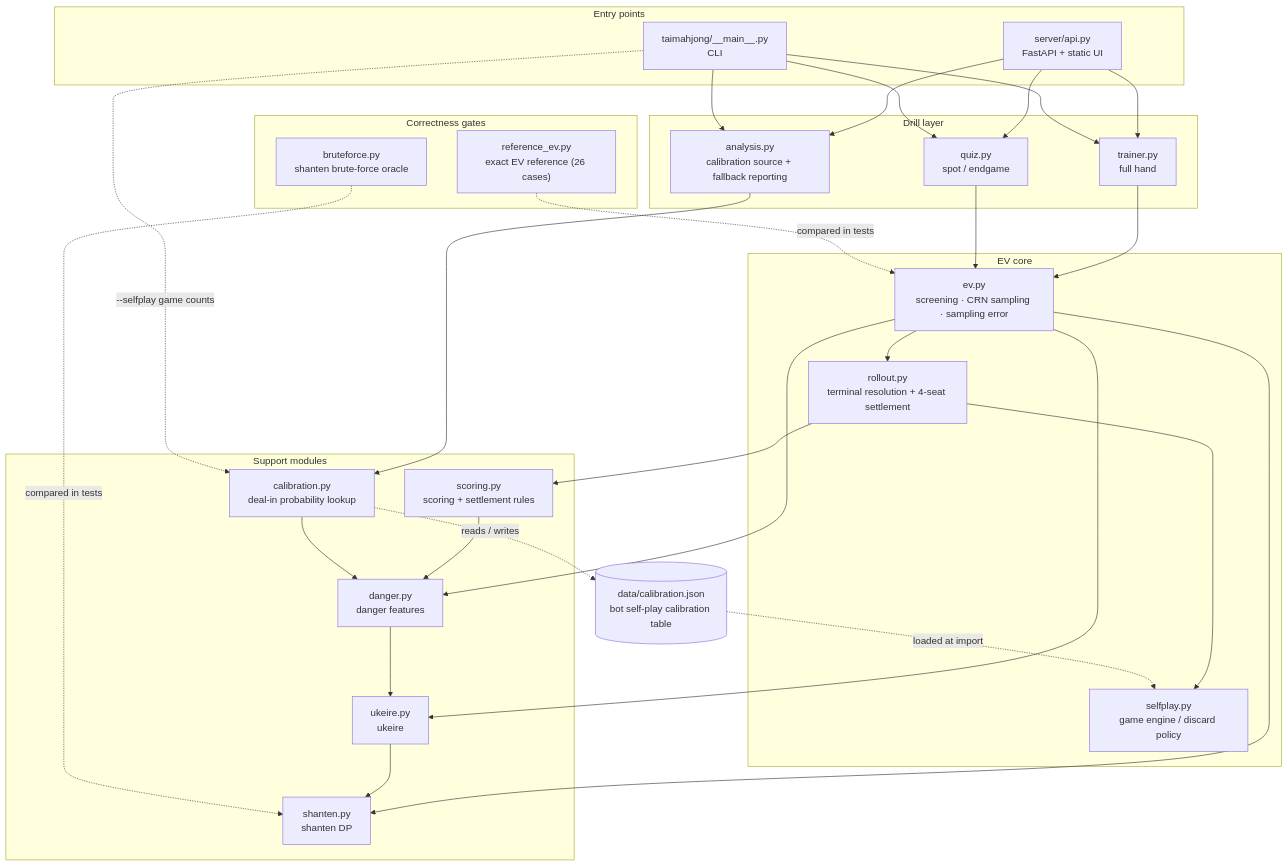
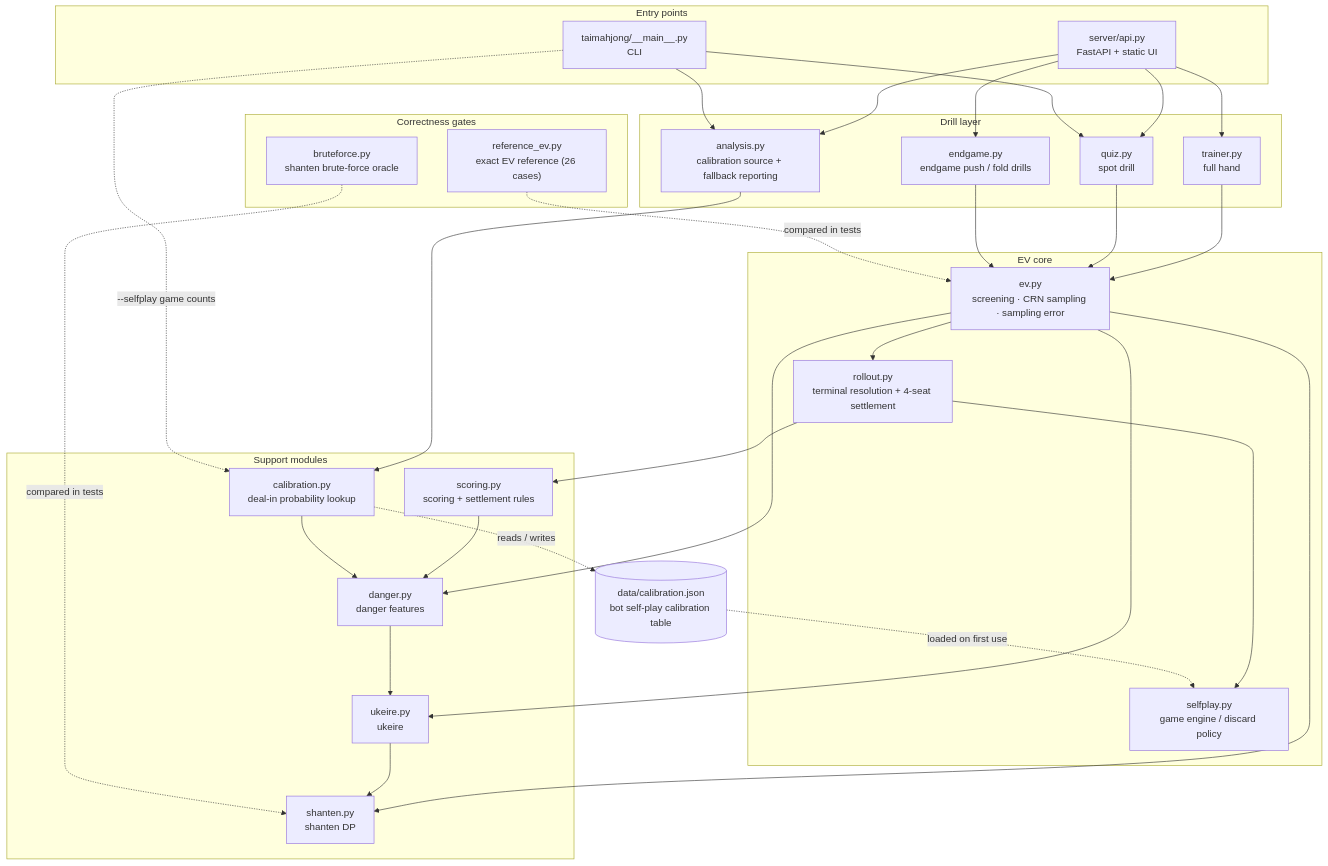
Before and after one commit to YuHsunWang/gto_mahjong: the diagram in README.en.md, drawn with Mermaid. The commit also changed other lines of this file and 1 other file, not shown here.

````diff
--- a/README.en.md
+++ b/README.en.md
@@ -92,49 +102,50 @@
 ```mermaid
 flowchart TB
     subgraph entry["Entry points"]
         WEB["server/api.py<br/>FastAPI + static UI"]
         CLI["taimahjong/__main__.py<br/>CLI"]
     end
 
     subgraph product["Drill layer"]
         TRAINER["trainer.py<br/>full hand"]
-        QUIZ["quiz.py<br/>spot / endgame"]
+        QUIZ["quiz.py<br/>spot drill"]
+        ENDGAME["endgame.py<br/>endgame push / fold drills"]
         ANALYSIS["analysis.py<br/>calibration source + fallback reporting"]
     end
 
     subgraph core["EV core"]
         EV["ev.py<br/>screening · CRN sampling · sampling error"]
         ROLLOUT["rollout.py<br/>terminal resolution + 4-seat settlement"]
         SELFPLAY["selfplay.py<br/>game engine / discard policy"]
     end
 
     subgraph support["Support modules"]
         SHANTEN["shanten.py<br/>shanten DP"]
         UKEIRE["ukeire.py<br/>ukeire"]
         DANGER["danger.py<br/>danger features"]
         SCORING["scoring.py<br/>scoring + settlement rules"]
         CALIB["calibration.py<br/>deal-in probability lookup"]
     end
 
     subgraph validate["Correctness gates"]
         BRUTE["bruteforce.py<br/>shanten brute-force oracle"]
         REF["reference_ev.py<br/>exact EV reference (26 cases)"]
     end
 
     DATA[("data/calibration.json<br/>bot self-play calibration table")]
 
-    WEB --> TRAINER & QUIZ & ANALYSIS
-    CLI --> TRAINER & QUIZ & ANALYSIS
-    TRAINER & QUIZ --> EV
+    WEB --> TRAINER & QUIZ & ENDGAME & ANALYSIS
+    CLI --> QUIZ & ANALYSIS
+    TRAINER & QUIZ & ENDGAME --> EV
     ANALYSIS --> CALIB
     EV --> ROLLOUT --> SELFPLAY
     EV --> SHANTEN & UKEIRE & DANGER
     DANGER --> UKEIRE --> SHANTEN
     ROLLOUT --> SCORING --> DANGER
     CALIB --> DANGER
     CALIB -."reads / writes".-> DATA
     CLI -."--selfplay game counts".-> CALIB
-    DATA -."loaded at import".-> SELFPLAY
+    DATA -."loaded on first use".-> SELFPLAY
     BRUTE -.compared in tests.-> SHANTEN
     REF -.compared in tests.-> EV
 ```
````
